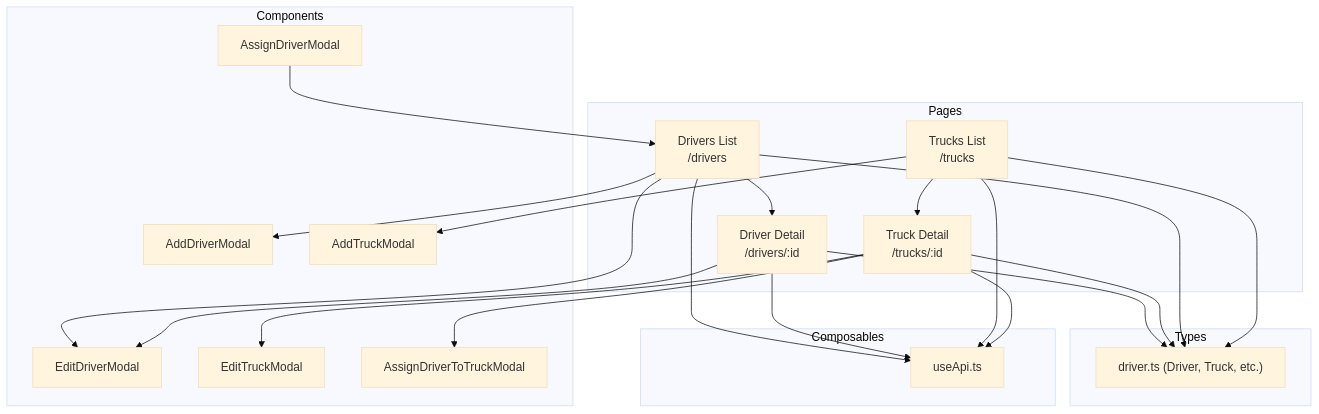
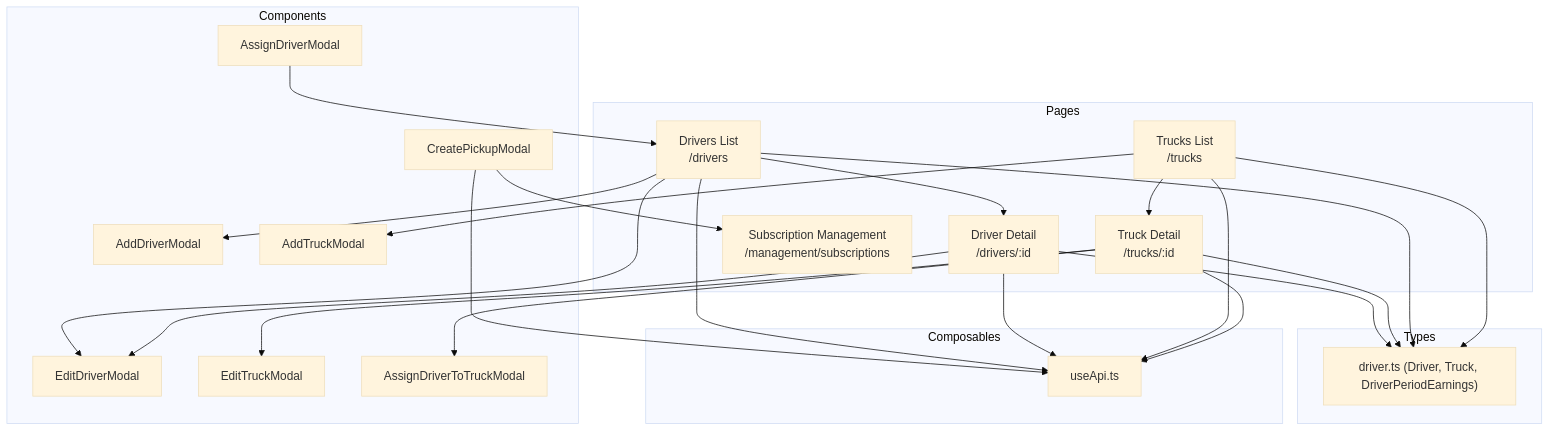
Before and after one commit to Lazynerd-Studios/lacarte-atlas-console: the first of 10 diagrams in .qoder/repowiki/en/content/Business Modules/Fleet Management.md, drawn with Mermaid (base theme). The commit also changed other lines of this file and 17 other files, not shown here.

First line of the commit message:
feat(fleet): enhance driver compensation and pickup creation features

````diff
--- a/.qoder/repowiki/en/content/Business Modules/Fleet Management.md
+++ b/.qoder/repowiki/en/content/Business Modules/Fleet Management.md
@@ -46,40 +50,44 @@
 ```mermaid
 graph TB
 subgraph "Pages"
 DList["Drivers List<br/>/drivers"]
 DDetail["Driver Detail<br/>/drivers/:id"]
 TList["Trucks List<br/>/trucks"]
 TDetail["Truck Detail<br/>/trucks/:id"]
+Subs["Subscription Management<br/>/management/subscriptions"]
 end
 subgraph "Components"
 AddDrv["AddDriverModal"]
 EditDrv["EditDriverModal"]
 AddTrk["AddTruckModal"]
 EditTrk["EditTruckModal"]
 AssignDrvTrk["AssignDriverToTruckModal"]
 AssignDrvPickup["AssignDriverModal"]
+CreatePickup["CreatePickupModal"]
 end
 subgraph "Types"
-Models["driver.ts (Driver, Truck, etc.)"]
+Models["driver.ts (Driver, Truck, DriverPeriodEarnings)"]
 end
 subgraph "Composables"
 Api["useApi.ts"]
 end
 DList --> AddDrv
 DList --> EditDrv
 DList --> DDetail
 DDetail --> EditDrv
 TList --> AddTrk
 TList --> TDetail
 TDetail --> EditTrk
 TDetail --> AssignDrvTrk
 AssignDrvPickup --> DList
+CreatePickup --> Subs
 DDetail --> Models
 TDetail --> Models
 DList --> Models
 TList --> Models
 DList --> Api
 DDetail --> Api
 TList --> Api
 TDetail --> Api
+CreatePickup --> Api
 ```
````
